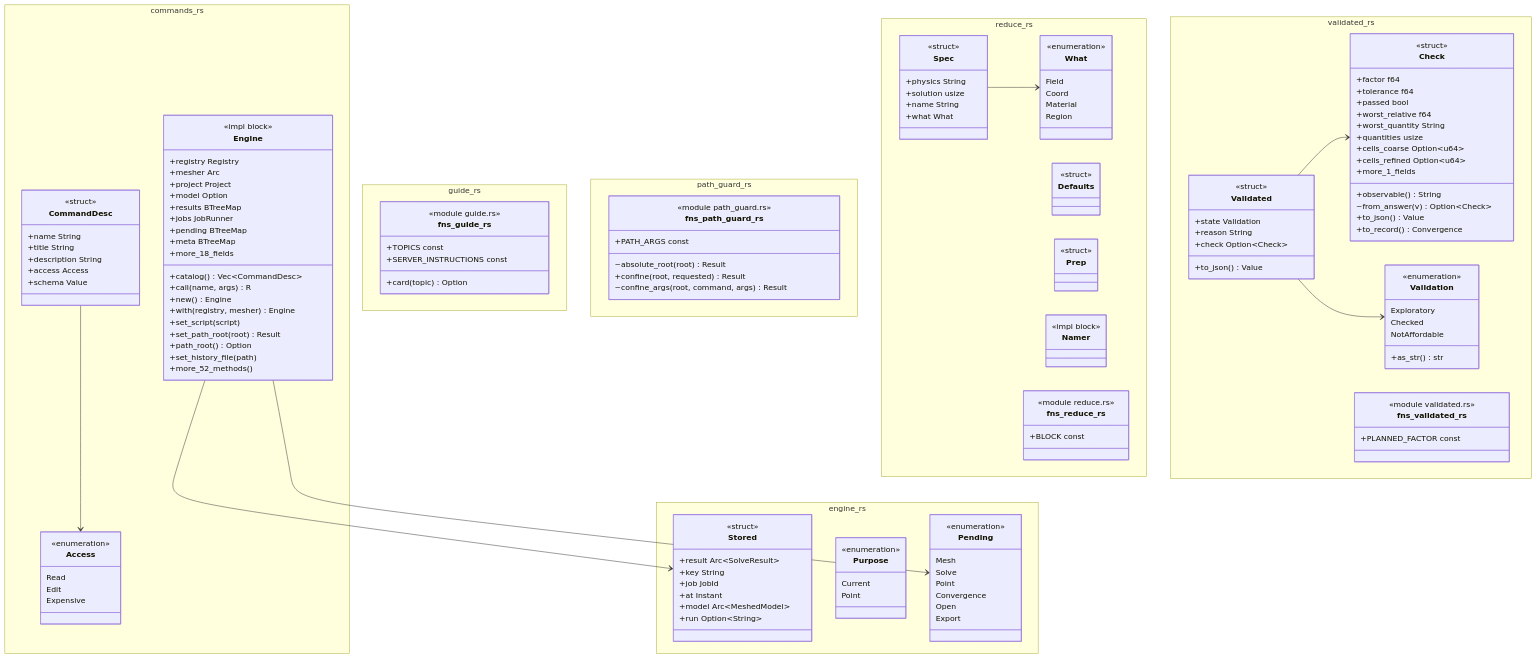
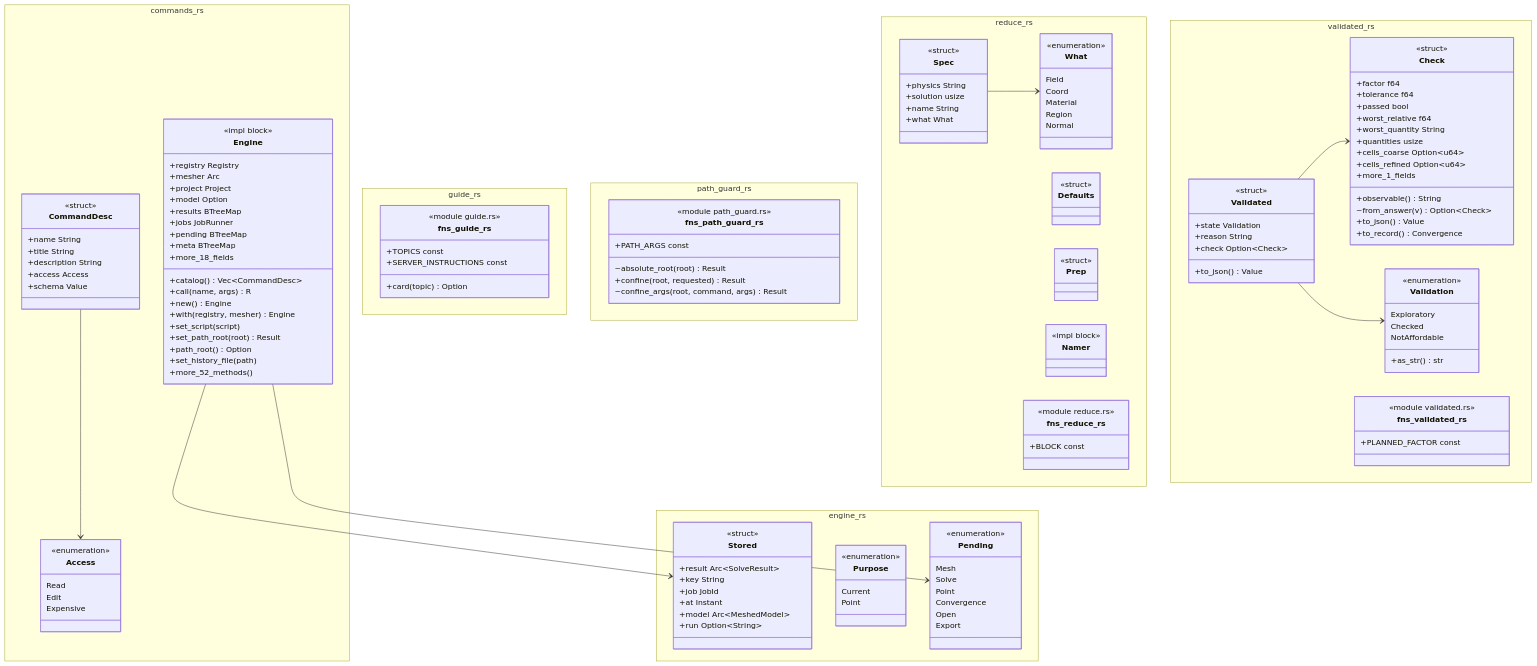
One commit to p-j-r/nyx changed the diagram in docs/architecture/c4/4-code/engine/commands.md. Above: the diagram before and after it, drawn with Mermaid. The commit also changed other lines of this file and 72 other files, not shown here.

```diff
--- a/docs/architecture/c4/4-code/engine/commands.md
+++ b/docs/architecture/c4/4-code/engine/commands.md
@@ -145,6 +146,7 @@
         Coord
         Material
         Region
+        Normal
     }
     class Spec {
         <<struct>>
```
